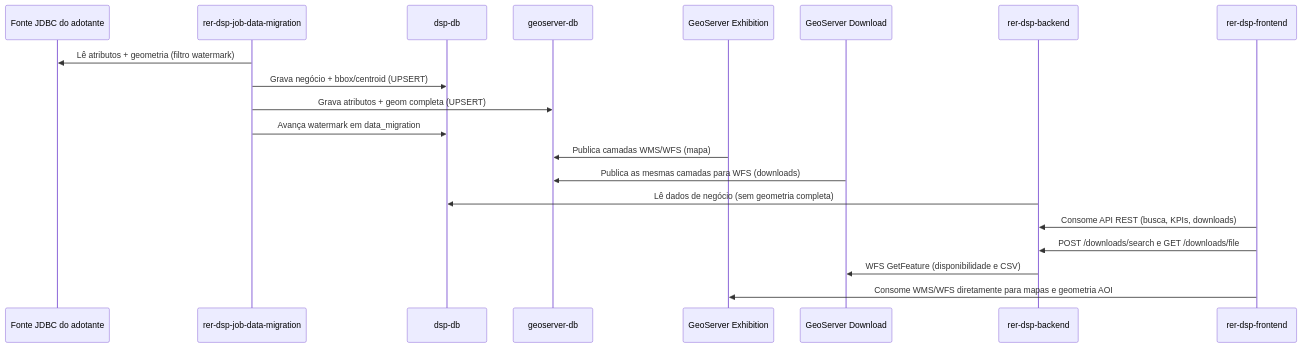
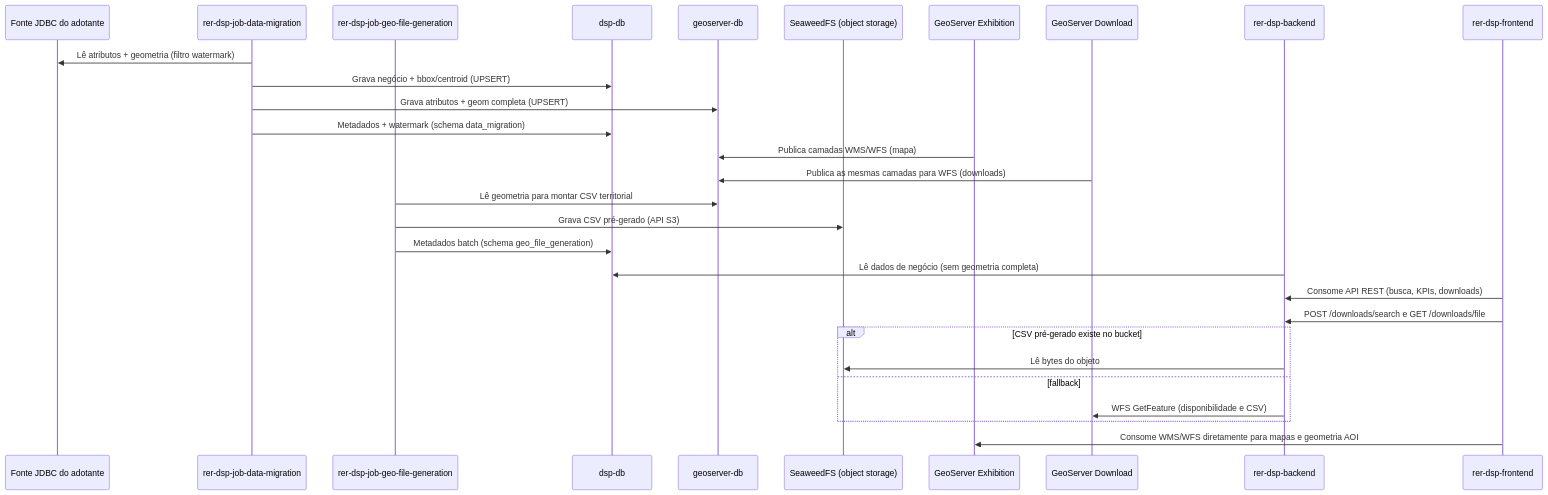
The diagram in docs/architecture/data-flow.md (kleber-albino/rer-dsp-docs), drawn with Mermaid before and after one commit. The commit also changed other lines of this file and 22 other files, not shown here.

````diff
--- a/docs/architecture/data-flow.md
+++ b/docs/architecture/data-flow.md
@@ -5,23 +5,32 @@
 ```mermaid
 sequenceDiagram
   participant Src as Fonte JDBC do adotante
   participant Job as rer-dsp-job-data-migration
+  participant JobGeo as rer-dsp-job-geo-file-generation
   participant DspDb as dsp-db
   participant ExDb as geoserver-db
+  participant S3 as SeaweedFS (object storage)
   participant GsEx as GeoServer Exhibition
   participant GsDl as GeoServer Download
   participant Be as rer-dsp-backend
   participant Fe as rer-dsp-frontend
 
   Job->>Src: Lê atributos + geometria (filtro watermark)
   Job->>DspDb: Grava negócio + bbox/centroid (UPSERT)
   Job->>ExDb: Grava atributos + geom completa (UPSERT)
-  Job->>DspDb: Avança watermark em data_migration
+  Job->>DspDb: Metadados + watermark (schema data_migration)
   GsEx->>ExDb: Publica camadas WMS/WFS (mapa)
   GsDl->>ExDb: Publica as mesmas camadas para WFS (downloads)
+  JobGeo->>ExDb: Lê geometria para montar CSV territorial
+  JobGeo->>S3: Grava CSV pré-gerado (API S3)
+  JobGeo->>DspDb: Metadados batch (schema geo_file_generation)
   Be->>DspDb: Lê dados de negócio (sem geometria completa)
   Fe->>Be: Consome API REST (busca, KPIs, downloads)
   Fe->>Be: POST /downloads/search e GET /downloads/file
-  Be->>GsDl: WFS GetFeature (disponibilidade e CSV)
+  alt CSV pré-gerado existe no bucket
+    Be->>S3: Lê bytes do objeto
+  else fallback
+    Be->>GsDl: WFS GetFeature (disponibilidade e CSV)
+  end
   Fe->>GsEx: Consome WMS/WFS diretamente para mapas e geometria AOI
 ```
````
